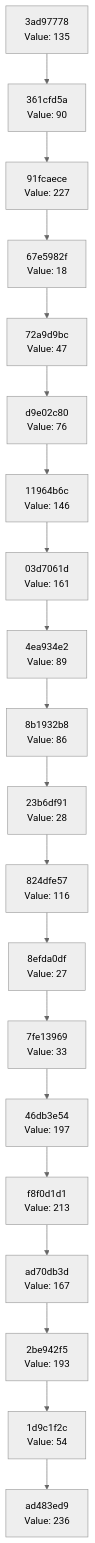
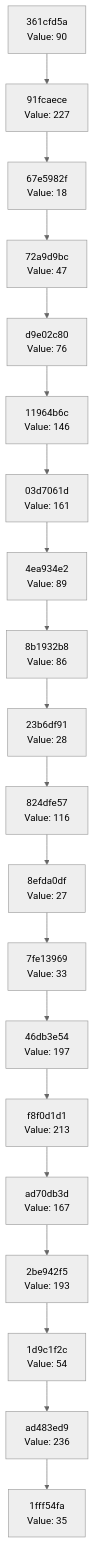
The diagram in docs/CHAIN_VISUALIZATION.md (Abhisheksinha1506/hash-chain-evolver), drawn with Mermaid (neutral theme) before and after one commit. The commit also changed 3 other files, not shown here.

````diff
--- a/docs/CHAIN_VISUALIZATION.md
+++ b/docs/CHAIN_VISUALIZATION.md
@@ -3,42 +3,42 @@
 ```mermaid
 graph TD
-    C0["ad483ed9<br/>Value: 236"]
-    C1["1d9c1f2c<br/>Value: 54"]
+    C0["1fff54fa<br/>Value: 35"]
+    C1["ad483ed9<br/>Value: 236"]
     C1 --> C0
-    C2["2be942f5<br/>Value: 193"]
+    C2["1d9c1f2c<br/>Value: 54"]
     C2 --> C1
-    C3["ad70db3d<br/>Value: 167"]
+    C3["2be942f5<br/>Value: 193"]
     C3 --> C2
-    C4["f8f0d1d1<br/>Value: 213"]
+    C4["ad70db3d<br/>Value: 167"]
     C4 --> C3
-    C5["46db3e54<br/>Value: 197"]
+    C5["f8f0d1d1<br/>Value: 213"]
     C5 --> C4
-    C6["7fe13969<br/>Value: 33"]
+    C6["46db3e54<br/>Value: 197"]
     C6 --> C5
-    C7["8efda0df<br/>Value: 27"]
+    C7["7fe13969<br/>Value: 33"]
     C7 --> C6
-    C8["824dfe57<br/>Value: 116"]
+    C8["8efda0df<br/>Value: 27"]
     C8 --> C7
-    C9["23b6df91<br/>Value: 28"]
+    C9["824dfe57<br/>Value: 116"]
     C9 --> C8
-    C10["8b1932b8<br/>Value: 86"]
+    C10["23b6df91<br/>Value: 28"]
     C10 --> C9
-    C11["4ea934e2<br/>Value: 89"]
+    C11["8b1932b8<br/>Value: 86"]
     C11 --> C10
-    C12["03d7061d<br/>Value: 161"]
+    C12["4ea934e2<br/>Value: 89"]
     C12 --> C11
-    C13["11964b6c<br/>Value: 146"]
+    C13["03d7061d<br/>Value: 161"]
     C13 --> C12
-    C14["d9e02c80<br/>Value: 76"]
+    C14["11964b6c<br/>Value: 146"]
     C14 --> C13
-    C15["72a9d9bc<br/>Value: 47"]
+    C15["d9e02c80<br/>Value: 76"]
     C15 --> C14
-    C16["67e5982f<br/>Value: 18"]
+    C16["72a9d9bc<br/>Value: 47"]
     C16 --> C15
-    C17["91fcaece<br/>Value: 227"]
+    C17["67e5982f<br/>Value: 18"]
     C17 --> C16
-    C18["361cfd5a<br/>Value: 90"]
+    C18["91fcaece<br/>Value: 227"]
     C18 --> C17
-    C19["3ad97778<br/>Value: 135"]
+    C19["361cfd5a<br/>Value: 90"]
     C19 --> C18
 ```
````
